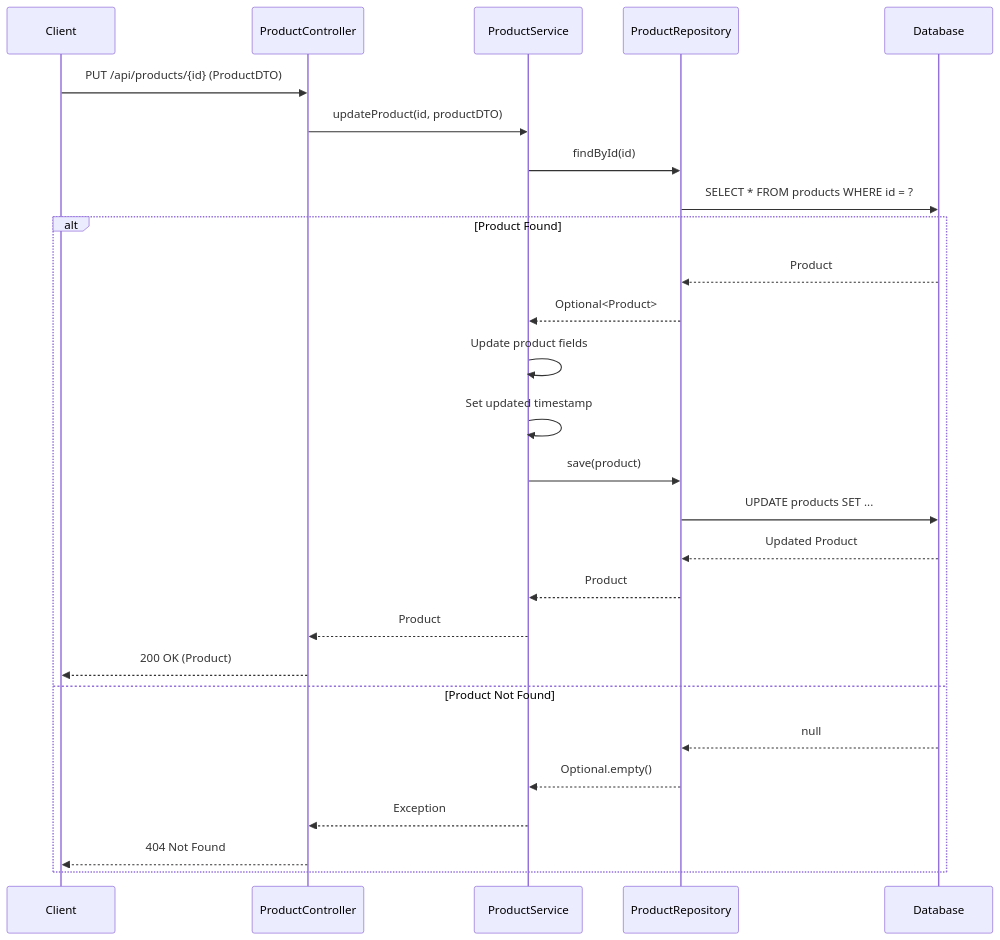
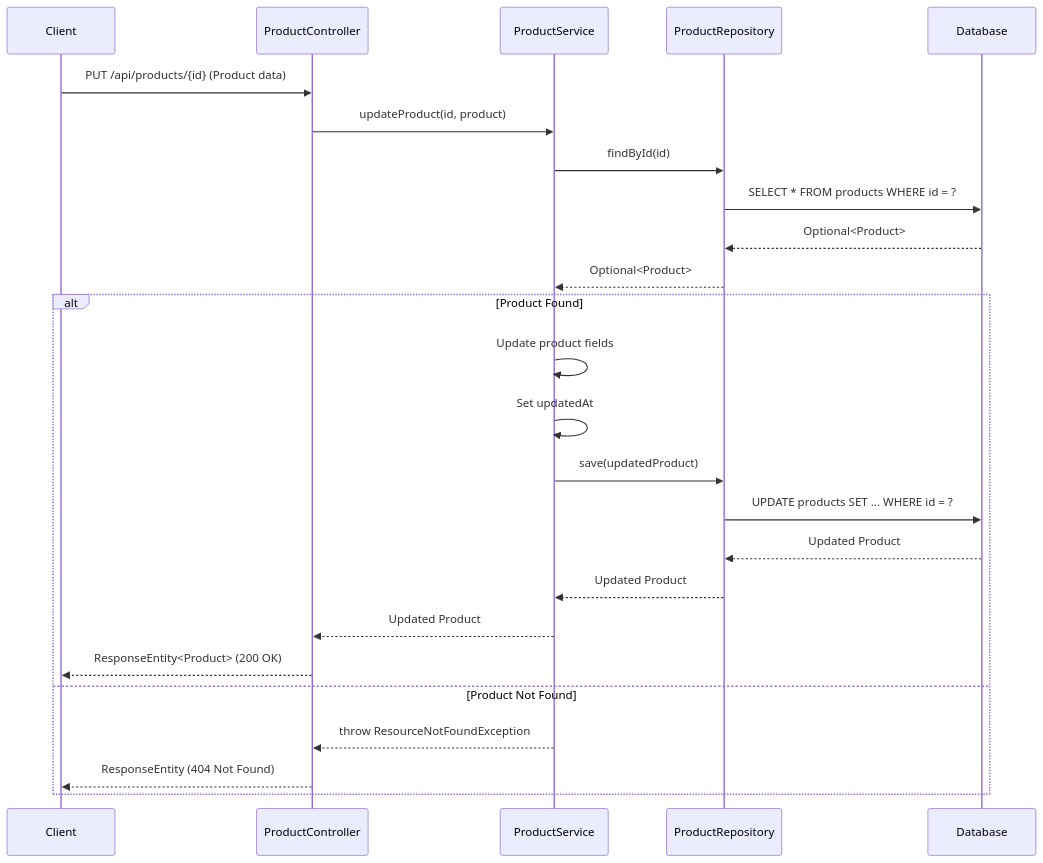
The sixth of 13 diagrams in docs/LLD/modified_lld.md (NavneetBN47/aava-ecom-demo), drawn with Mermaid before and after one commit. The commit also changed other lines of this file, not shown here.

````diff
--- a/docs/LLD/modified_lld.md
+++ b/docs/LLD/modified_lld.md
@@ -260,31 +285,28 @@
 ```mermaid
 sequenceDiagram
     participant Client
     participant ProductController
     participant ProductService
     participant ProductRepository
     participant Database
 
-    Client->>ProductController: PUT /api/products/{id} (ProductDTO)
-    ProductController->>ProductService: updateProduct(id, productDTO)
+    Client->>ProductController: PUT /api/products/{id} (Product data)
+    ProductController->>ProductService: updateProduct(id, product)
     ProductService->>ProductRepository: findById(id)
     ProductRepository->>Database: SELECT * FROM products WHERE id = ?
-    
+    Database-->>ProductRepository: Optional<Product>
+    ProductRepository-->>ProductService: Optional<Product>
     alt Product Found
-        Database-->>ProductRepository: Product
-        ProductRepository-->>ProductService: Optional<Product>
         ProductService->>ProductService: Update product fields
-        ProductService->>ProductService: Set updated timestamp
-        ProductService->>ProductRepository: save(product)
-        ProductRepository->>Database: UPDATE products SET ...
+        ProductService->>ProductService: Set updatedAt
+        ProductService->>ProductRepository: save(updatedProduct)
+        ProductRepository->>Database: UPDATE products SET ... WHERE id = ?
         Database-->>ProductRepository: Updated Product
-        ProductRepository-->>ProductService: Product
-        ProductService-->>ProductController: Product
-        ProductController-->>Client: 200 OK (Product)
+        ProductRepository-->>ProductService: Updated Product
+        ProductService-->>ProductController: Updated Product
+        ProductController-->>Client: ResponseEntity<Product> (200 OK)
     else Product Not Found
-        Database-->>ProductRepository: null
-        ProductRepository-->>ProductService: Optional.empty()
-        ProductService-->>ProductController: Exception
-        ProductController-->>Client: 404 Not Found
+        ProductService-->>ProductController: throw ResourceNotFoundException
+        ProductController-->>Client: ResponseEntity (404 Not Found)
     end
 ```
````
